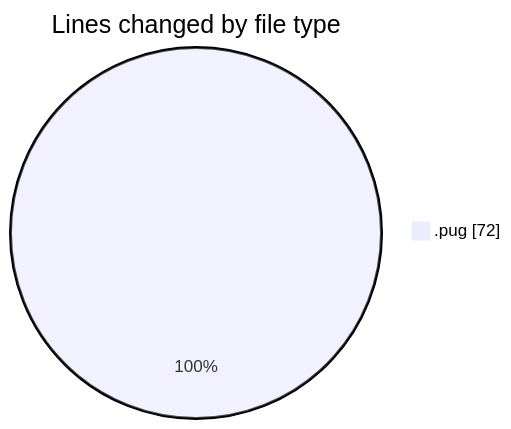
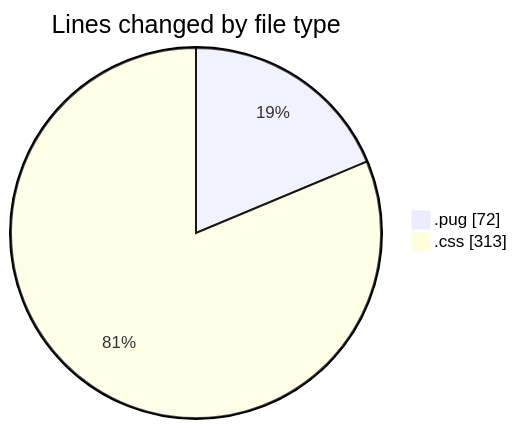
Before and after one commit to momahboobian/code-tracking: the first of 2 diagrams in 2025-11-05/cda/README.md, drawn with Mermaid. The commit also changed other lines of this file and 1 other file, not shown here.

````diff
--- a/2025-11-05/cda/README.md
+++ b/2025-11-05/cda/README.md
@@ -20,5 +21,6 @@
 ```mermaid
 pie showData
 title Lines changed by file type
 ".pug" : 72
+".css" : 313
 ```
````
